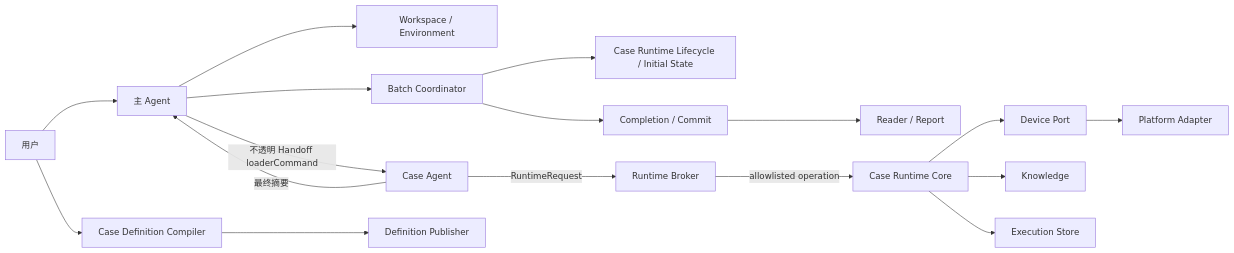
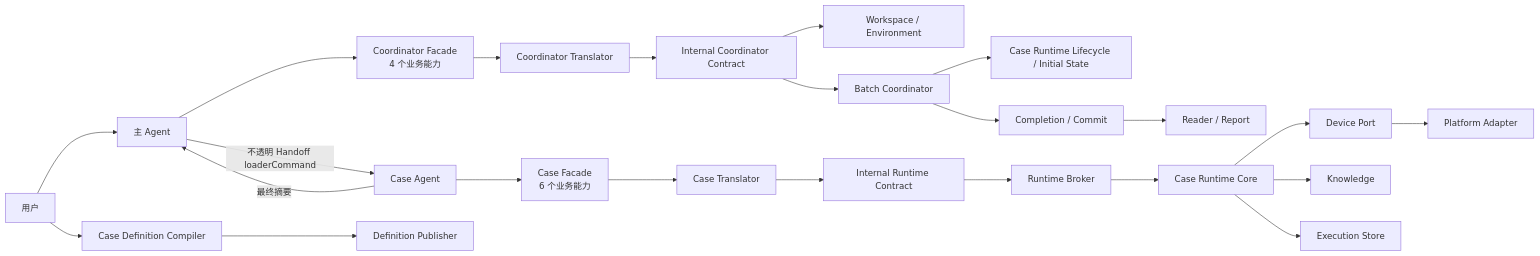
Before and after one commit to lianghuihui-plus/DevKit: the first of 2 diagrams in skills/mobile-ai-visual-test/docs/architecture.md, drawn with Mermaid. The commit also changed other lines of this file and 77 other files, not shown here.

````diff
--- a/skills/mobile-ai-visual-test/docs/architecture.md
+++ b/skills/mobile-ai-visual-test/docs/architecture.md
@@ -19,19 +19,25 @@
 ```mermaid
 flowchart LR
   U["用户"] --> M["主 Agent"]
   U --> DC["Case Definition Compiler"]
   DC --> DP["Definition Publisher"]
-  M --> W["Workspace / Environment"]
-  M --> B["Batch Coordinator"]
+  M --> CF["Coordinator Facade<br/>4 个业务能力"]
+  CF --> CT["Coordinator Translator"]
+  CT --> CI["Internal Coordinator Contract"]
+  CI --> W["Workspace / Environment"]
+  CI --> B["Batch Coordinator"]
   B --> L["Case Runtime Lifecycle / Initial State"]
   M -->|"不透明 Handoff loaderCommand"| A["Case Agent"]
-  A -->|"RuntimeRequest"| RB["Runtime Broker"]
-  RB -->|"allowlisted operation"| R["Case Runtime Core"]
+  A --> AF["Case Facade<br/>6 个业务能力"]
+  AF --> AT["Case Translator"]
+  AT --> RI["Internal Runtime Contract"]
+  RI --> RB["Runtime Broker"]
+  RB --> R["Case Runtime Core"]
   R --> D["Device Port"]
   D --> P["Platform Adapter"]
   R --> K["Knowledge"]
   R --> S["Execution Store"]
   A -->|"最终摘要"| M
   B --> C["Completion / Commit"]
   C --> V["Reader / Report"]
 ```
````
